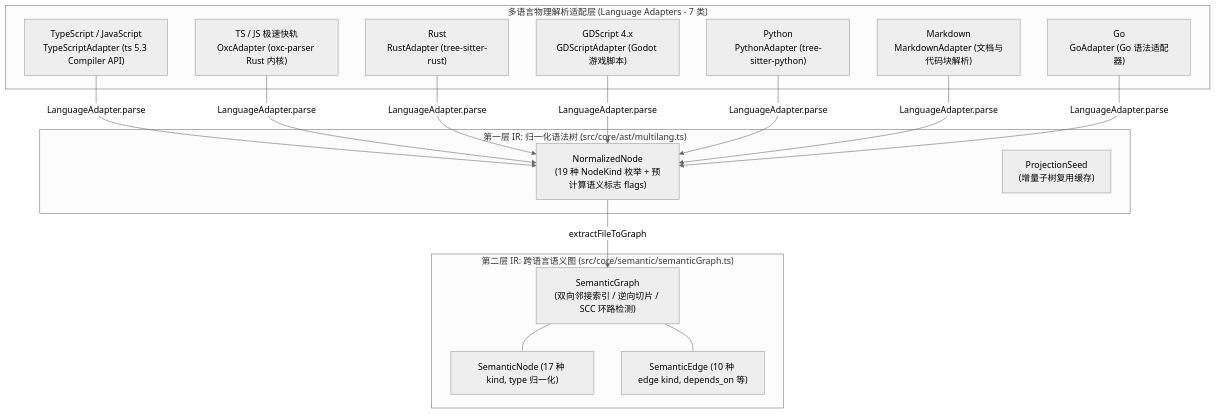
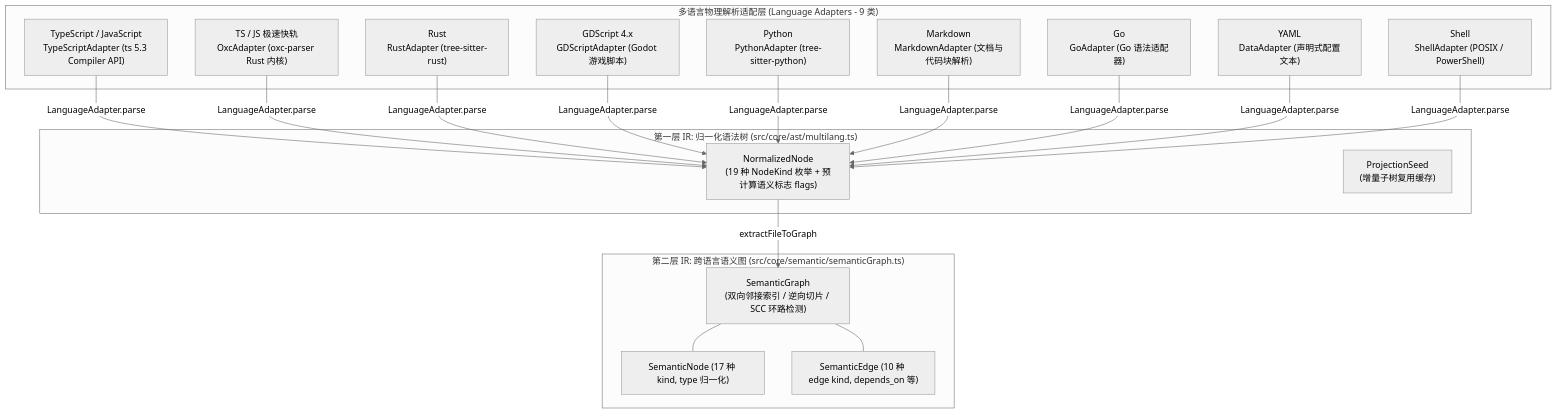
The diagram in auto-refactor/docs/02-parsers-and-ast/01-multilang-abstraction.md (guilingzhouyi-creator/vscode-extensions), drawn with Mermaid (neutral theme) before and after one commit. The commit also changed other lines of this file and 22 other files, not shown here.

````diff
--- a/auto-refactor/docs/02-parsers-and-ast/01-multilang-abstraction.md
+++ b/auto-refactor/docs/02-parsers-and-ast/01-multilang-abstraction.md
@@ -17,28 +17,30 @@
 ```mermaid
 flowchart TD
-  subgraph Parsers["多语言物理解析适配层 (Language Adapters - 7 类)"]
+  subgraph Parsers["多语言物理解析适配层 (Language Adapters - 9 类)"]
     TS["TypeScript / JavaScript<br/>TypeScriptAdapter (ts 5.3 Compiler API)"]
     OXC["TS / JS 极速快轨<br/>OxcAdapter (oxc-parser Rust 内核)"]
     RS["Rust<br/>RustAdapter (tree-sitter-rust)"]
     GD["GDScript 4.x<br/>GDScriptAdapter (Godot 游戏脚本)"]
     PY["Python<br/>PythonAdapter (tree-sitter-python)"]
     MD["Markdown<br/>MarkdownAdapter (文档与代码块解析)"]
     GO["Go<br/>GoAdapter (Go 语法适配器)"]
+    YM["YAML<br/>DataAdapter (声明式配置文本)"]
+    SH["Shell<br/>ShellAdapter (POSIX / PowerShell)"]
   end
 
   subgraph IR1["第一层 IR: 归一化语法树 (src/core/ast/multilang.ts)"]
     NORM["NormalizedNode<br/>(19 种 NodeKind 枚举 + 预计算语义标志 flags)"]
     SEED["ProjectionSeed<br/>(增量子树复用缓存)"]
   end
 
   subgraph IR2["第二层 IR: 跨语言语义图 (src/core/semantic/semanticGraph.ts)"]
     SEM_NODE["SemanticNode (17 种 kind, type 归一化)"]
     SEM_EDGE["SemanticEdge (10 种 edge kind, depends_on 等)"]
     TOPOLOGY["SemanticGraph<br/>(双向邻接索引 / 逆向切片 / SCC 环路检测)"]
   end
 
-  TS & OXC & RS & GD & PY & MD & GO -->|LanguageAdapter.parse| NORM
+  TS & OXC & RS & GD & PY & MD & GO & YM & SH -->|LanguageAdapter.parse| NORM
   NORM -->|extractFileToGraph| TOPOLOGY
   TOPOLOGY --- SEM_NODE
   TOPOLOGY --- SEM_EDGE
 ```
````
